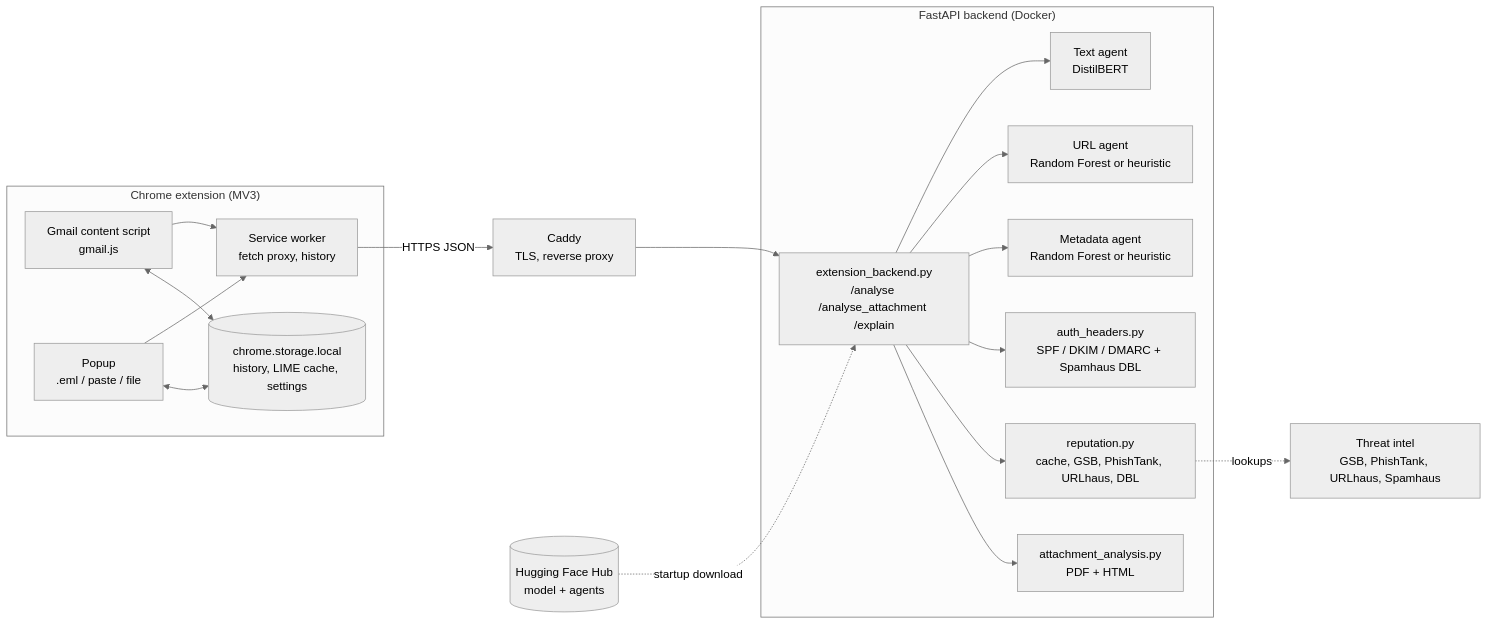
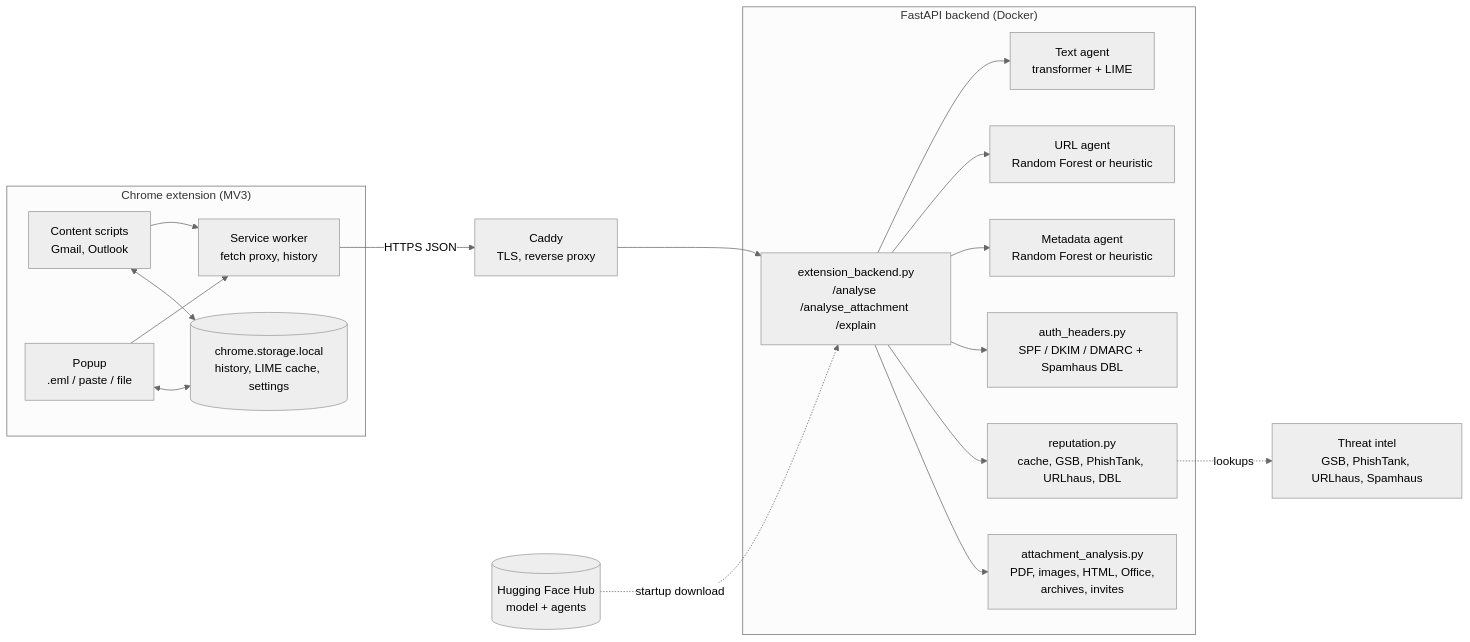
One commit to AnzouK/PhishLens changed the first of 4 diagrams in docs/architecture.md. Above: the diagram before and after it, drawn with Mermaid (neutral theme). The commit also changed other lines of this file and 8 other files, not shown here.

Commit message:
docs: languages guide; architecture, operations and threat model brought up to date

````diff
--- a/docs/architecture.md
+++ b/docs/architecture.md
@@ -11,28 +12,28 @@
 ```mermaid
 flowchart LR
     subgraph Browser["Chrome extension (MV3)"]
-        CS["Gmail content script<br/>gmail.js"]
+        CS["Content scripts<br/>Gmail, Outlook"]
         PU["Popup<br/>.eml / paste / file"]
         BG["Service worker<br/>fetch proxy, history"]
         ST[("chrome.storage.local<br/>history, LIME cache, settings")]
         CS --> BG
         PU --> BG
         PU <--> ST
         CS <--> ST
     end
 
     subgraph Server["FastAPI backend (Docker)"]
         API["extension_backend.py<br/>/analyse /analyse_attachment /explain"]
-        TXT["Text agent<br/>DistilBERT"]
+        TXT["Text agent<br/>transformer + LIME"]
         URL["URL agent<br/>Random Forest or heuristic"]
         META["Metadata agent<br/>Random Forest or heuristic"]
         AUTH["auth_headers.py<br/>SPF / DKIM / DMARC + Spamhaus DBL"]
         REP["reputation.py<br/>cache, GSB, PhishTank, URLhaus, DBL"]
-        ATT["attachment_analysis.py<br/>PDF + HTML"]
+        ATT["attachment_analysis.py<br/>PDF, images, HTML, Office,<br/>archives, invites"]
         API --> TXT & URL & META & AUTH & REP & ATT
     end
 
     BG -- "HTTPS JSON" --> Caddy["Caddy<br/>TLS, reverse proxy"] --> API
     HF[("Hugging Face Hub<br/>model + agents")] -. "startup download" .-> API
     REP -. "lookups" .-> Intel["Threat intel<br/>GSB, PhishTank, URLhaus, Spamhaus"]
 ```
````
